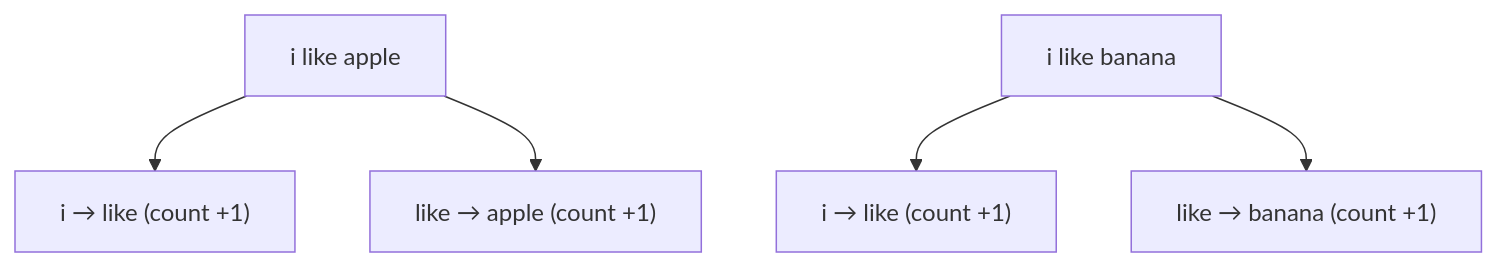
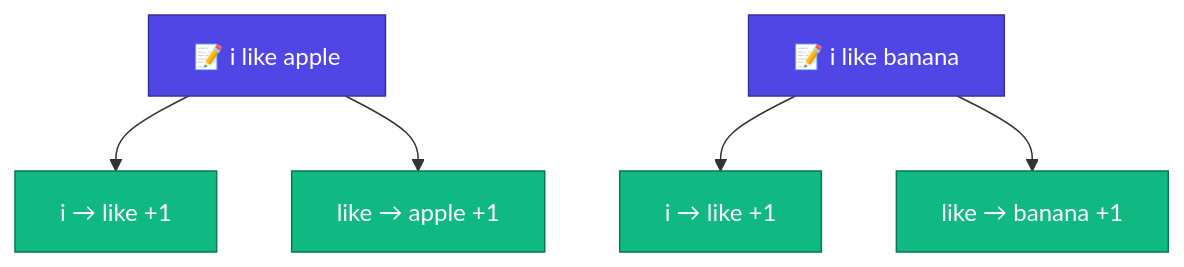
Before and after one commit to bhNibir/build-own-llm: the diagram in content/docs/part-02-bigram/02-count-model.mdx, drawn with Mermaid. The commit also changed other lines of this file and 97 other files, not shown here.

````diff
--- a/content/docs/part-02-bigram/02-count-model.mdx
+++ b/content/docs/part-02-bigram/02-count-model.mdx
@@ -12,7 +14,9 @@
 ```mermaid
 flowchart TD
-    A["i like apple"] --> B["i → like (count +1)"]
-    A --> C["like → apple (count +1)"]
-    D["i like banana"] --> E["i → like (count +1)"]
-    D --> F["like → banana (count +1)"]
+    A["📝 i like apple"]:::input --> B["i → like +1"]:::process
+    A --> C["like → apple +1"]:::process
+    D["📝 i like banana"]:::input --> E["i → like +1"]:::process
+    D --> F["like → banana +1"]:::process
+    classDef input fill:#4F46E5,color:#fff,stroke:#3730A3
+    classDef process fill:#10B981,color:#fff,stroke:#047857
 ```
````
